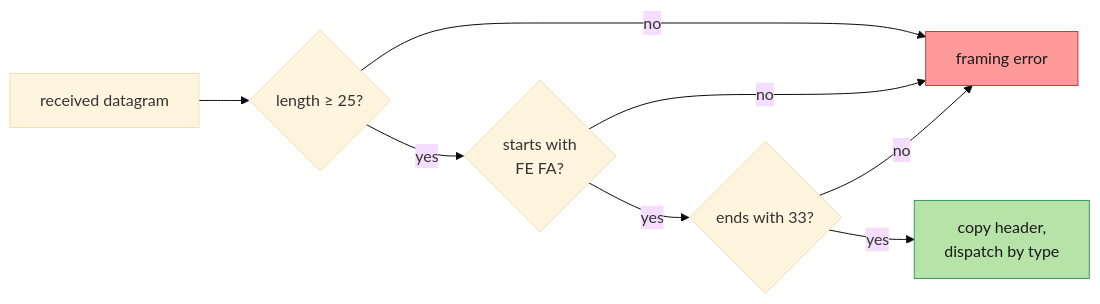
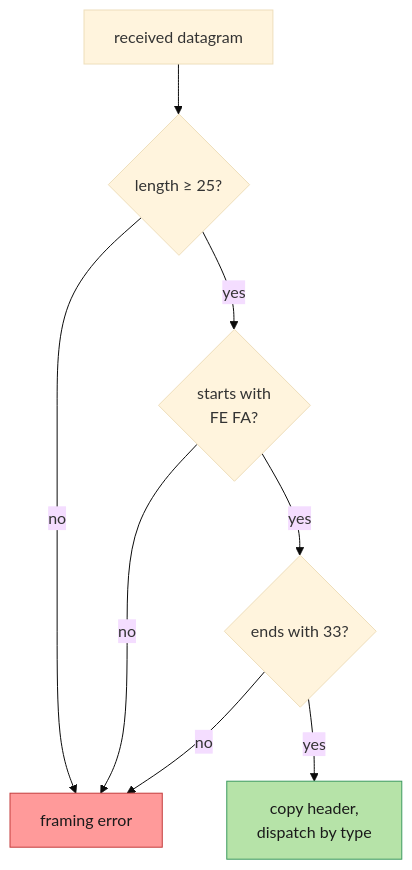
One commit to Hitheshkaranth/UDP_TEST_BENCH_V1 changed the fourth of 7 diagrams in docs/API_REFERENCE.md. Above: the diagram before and after it, drawn with Mermaid (base theme). The commit also changed other lines of this file and 4 other files, not shown here.

````diff
--- a/docs/API_REFERENCE.md
+++ b/docs/API_REFERENCE.md
@@ -397,14 +397,14 @@
 ```mermaid
-flowchart LR
+flowchart TB
     IN["received datagram"] --> L{"length ≥ 25?"}
     L -- no --> BAD["framing error"]
     L -- yes --> S{"starts with<br/>FE FA?"}
     S -- no --> BAD
     S -- yes --> E{"ends with 33?"}
     E -- no --> BAD
     E -- yes --> OK["copy header,<br/>dispatch by type"]
     classDef bad fill:#ff9a9a,stroke:#c43c3c,color:#1a1a1a
     classDef ok fill:#b6e3a8,stroke:#3c9a5f,color:#1a1a1a
     class BAD bad
     class OK ok
 ```
````
